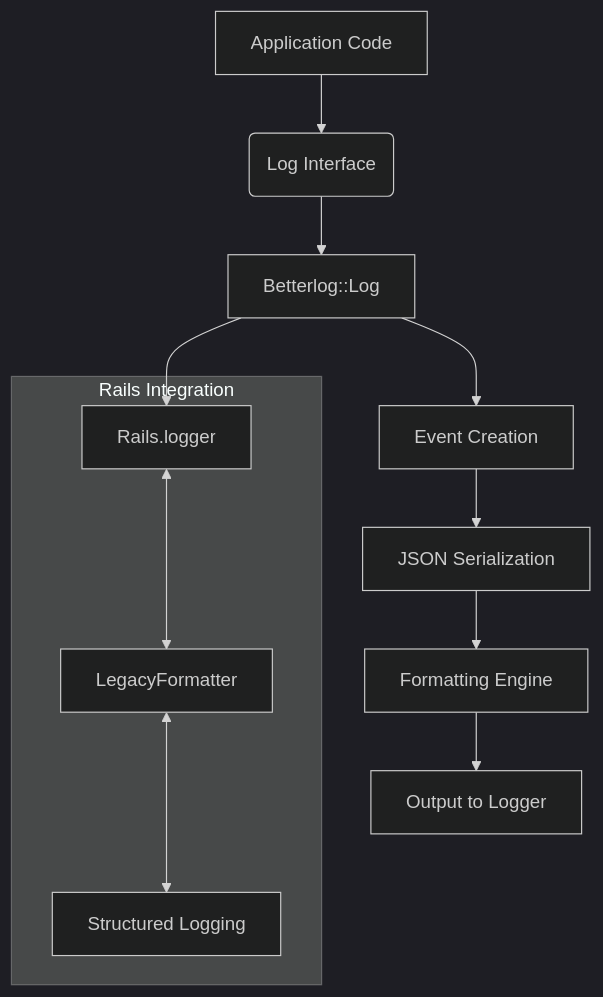
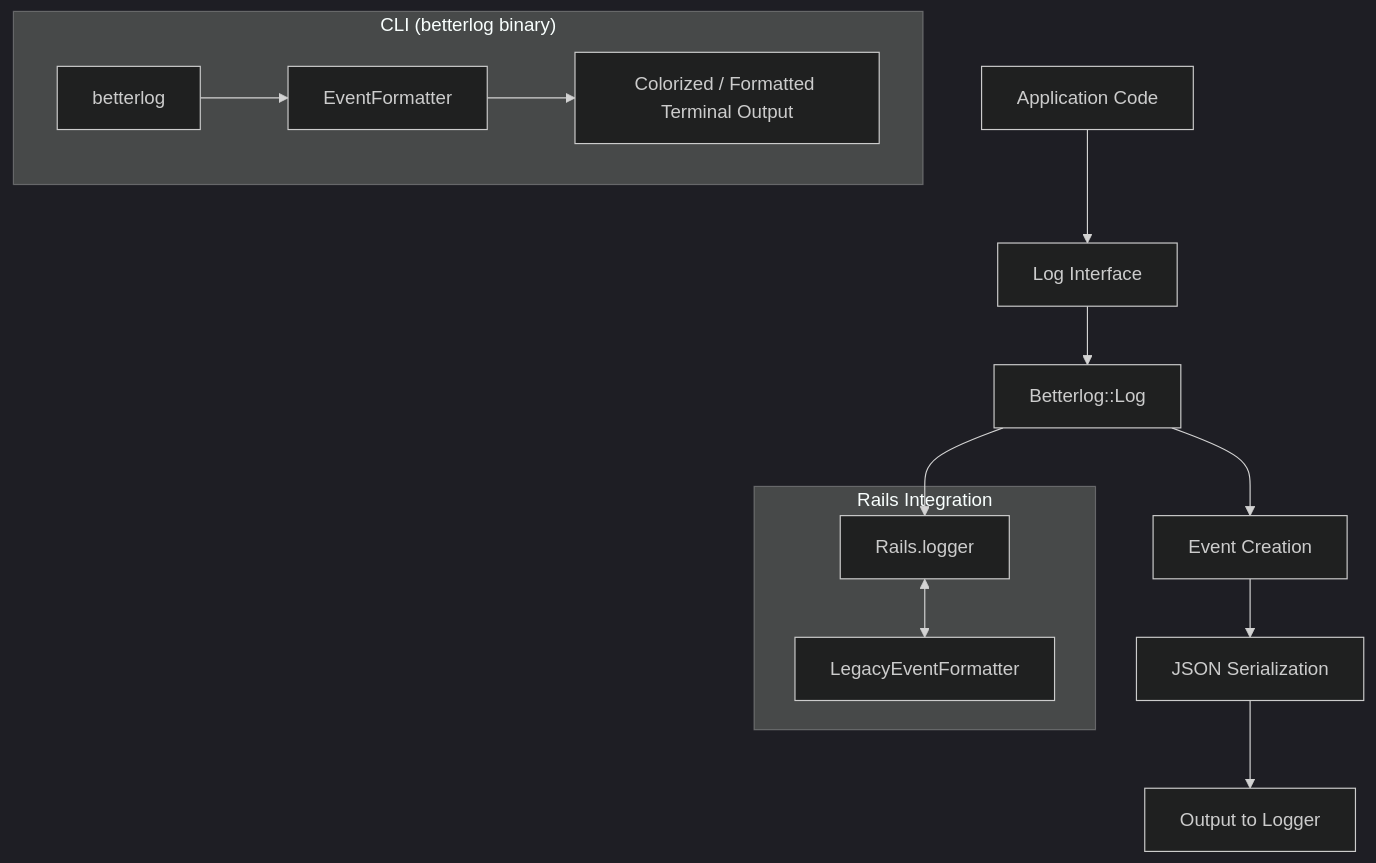
One commit to betterplace/betterlog changed the first of 3 diagrams in README.md. Above: the diagram before and after it, drawn with Mermaid (dark theme). The commit also changed other lines of this file, not shown here.

First line of the commit message:
[🛠️] Fix README diagrams and CLI flag docs

````diff
--- a/README.md
+++ b/README.md
@@ -120,19 +121,21 @@
 ```mermaid
 graph TD
-    A[Application Code] --> B(Log Interface)
+    A[Application Code] --> B[Log Interface]
     B --> C[Betterlog::Log]
     C --> D[Event Creation]
     D --> E[JSON Serialization]
-    E --> F[Formatting Engine]
-    F --> G[Output to Logger]
+    E --> G[Output to Logger]
 
     subgraph "Rails Integration"
         H[Rails.logger]
-        I[LegacyFormatter]
-        J[Structured Logging]
-        H <---> I
-        I <---> J
+        I[LegacyEventFormatter]
+        H <--> I
     end
 
     C --> H
+
+    subgraph "CLI (betterlog binary)"
+        K[betterlog] --> L[EventFormatter]
+        L --> M[Colorized / Formatted Terminal Output]
+    end
 ```
````
